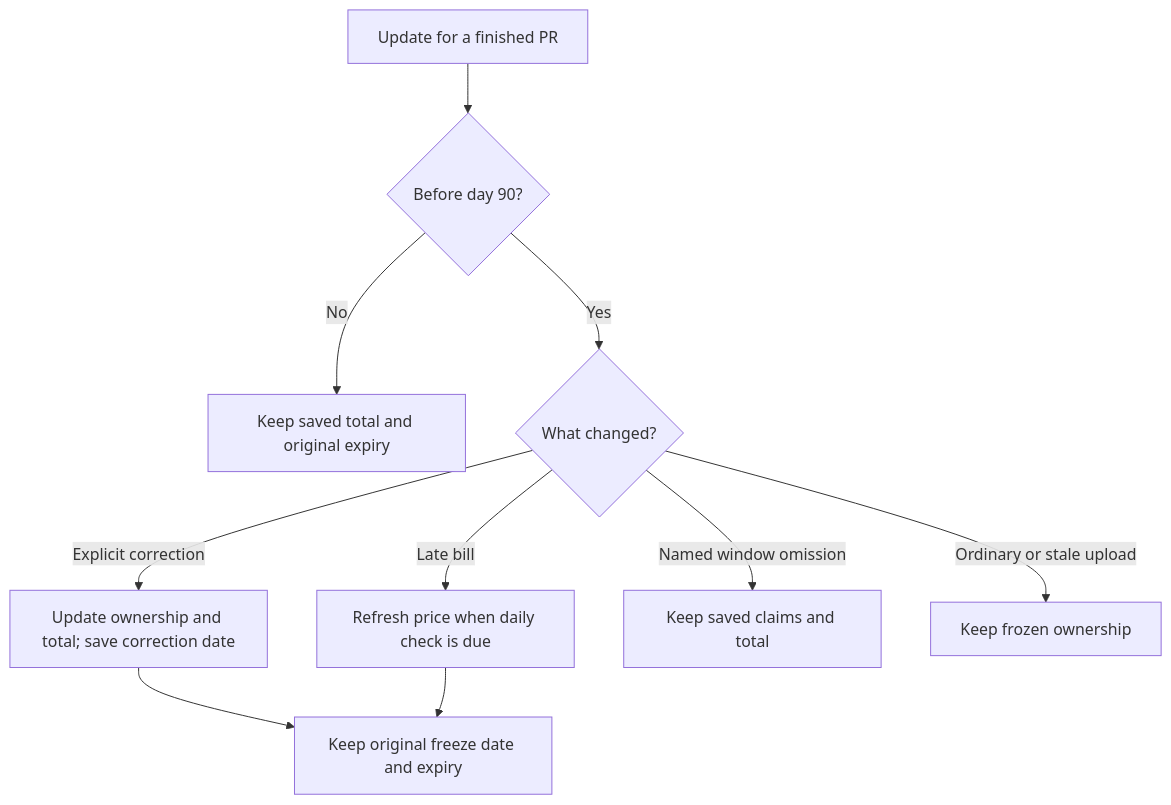
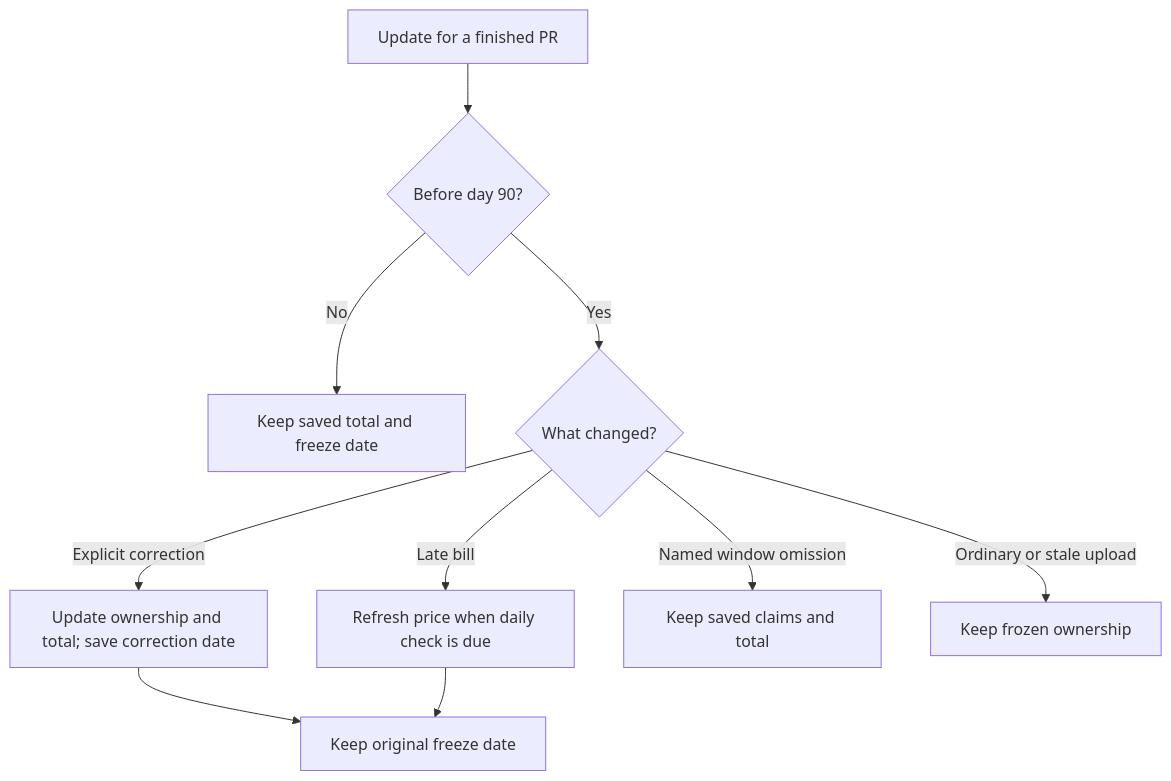
The second of 2 diagrams in docs/pr-cost-reporting.md (getkimchi/kimchi), drawn with Mermaid before and after one commit. The commit also changed other lines of this file, not shown here.

Commit message:
docs: drop the PR cost archive expiry and correct caches, budgets and caps

````diff
--- a/docs/pr-cost-reporting.md
+++ b/docs/pr-cost-reporting.md
@@ -156,12 +156,12 @@
 ```mermaid
 flowchart TD
     Update[Update for a finished PR] --> Age{Before day 90?}
-    Age -- No --> Final[Keep saved total and original expiry]
+    Age -- No --> Final[Keep saved total and freeze date]
     Age -- Yes --> Change{What changed?}
     Change -- Explicit correction --> Correct[Update ownership and total; save correction date]
     Change -- Late bill --> Price[Refresh price when daily check is due]
     Change -- Named window omission --> Keep[Keep saved claims and total]
     Change -- Ordinary or stale upload --> Preserve[Keep frozen ownership]
-    Correct --> Dates[Keep original freeze date and expiry]
+    Correct --> Dates[Keep original freeze date]
     Price --> Dates
 ```
````
